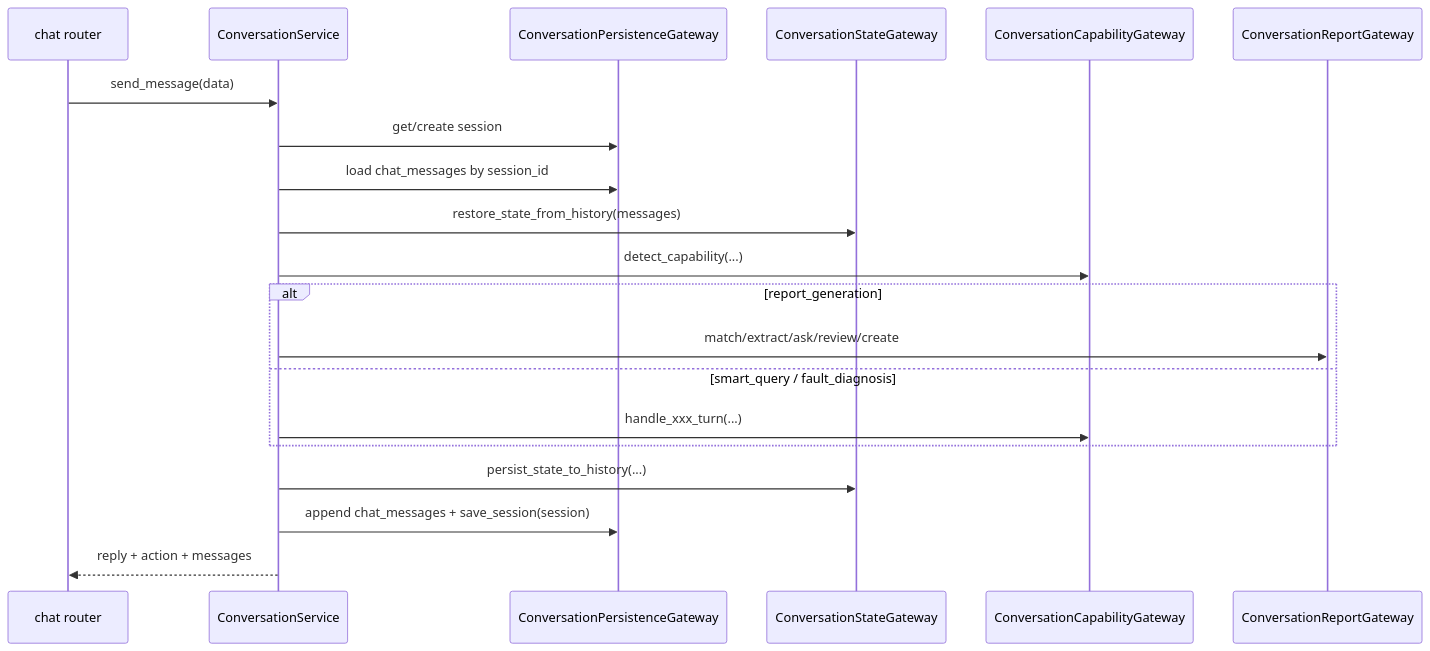
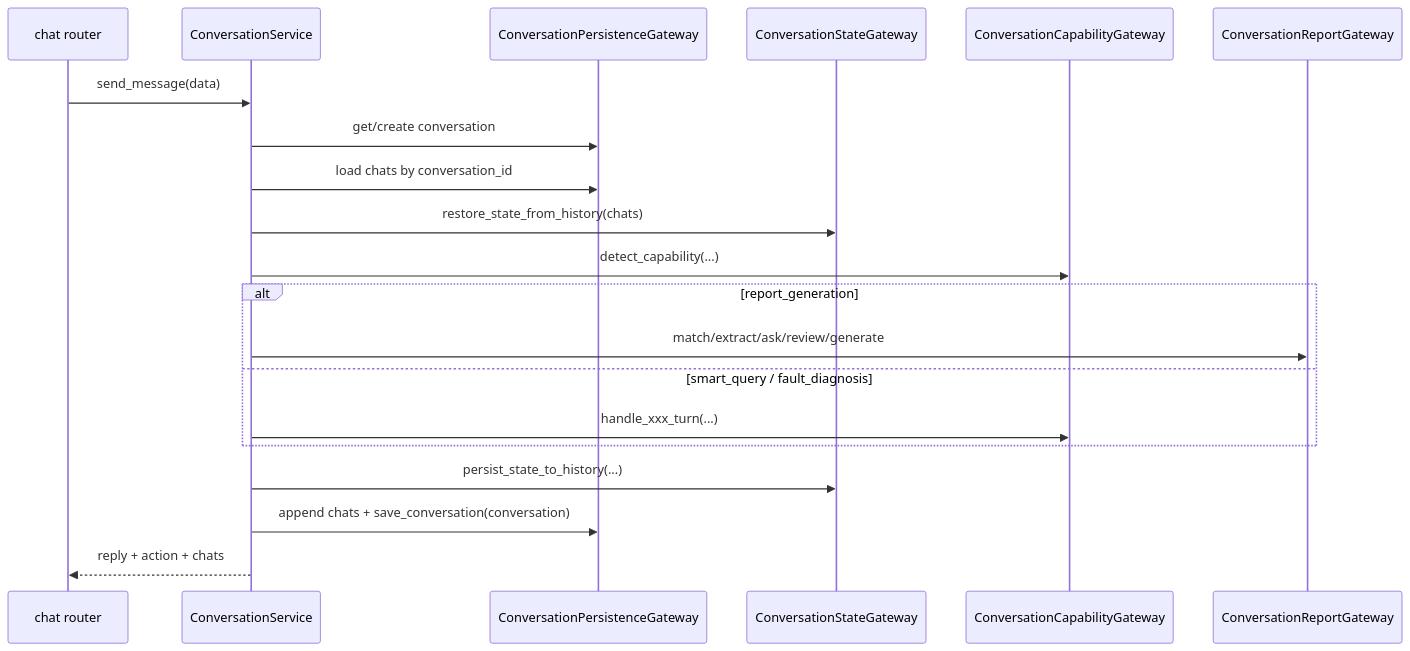
The diagram in design/implementation/conversation.md (shel447/ReportSystem), drawn with Mermaid before and after one commit. The commit also changed other lines of this file and 21 other files, not shown here.

````diff
--- a/design/implementation/conversation.md
+++ b/design/implementation/conversation.md
@@ -82,23 +82,23 @@
 ```mermaid
 sequenceDiagram
     participant API as chat router
     participant App as ConversationService
     participant Persist as ConversationPersistenceGateway
     participant State as ConversationStateGateway
     participant Cap as ConversationCapabilityGateway
     participant Report as ConversationReportGateway
 
     API->>App: send_message(data)
-    App->>Persist: get/create session
-    App->>Persist: load chat_messages by session_id
-    App->>State: restore_state_from_history(messages)
+    App->>Persist: get/create conversation
+    App->>Persist: load chats by conversation_id
+    App->>State: restore_state_from_history(chats)
     App->>Cap: detect_capability(...)
     alt report_generation
-        App->>Report: match/extract/ask/review/create
+        App->>Report: match/extract/ask/review/generate
     else smart_query / fault_diagnosis
         App->>Cap: handle_xxx_turn(...)
     end
     App->>State: persist_state_to_history(...)
-    App->>Persist: append chat_messages + save_session(session)
-    App-->>API: reply + action + messages
+    App->>Persist: append chats + save_conversation(conversation)
+    App-->>API: reply + action + chats
 ```
````
